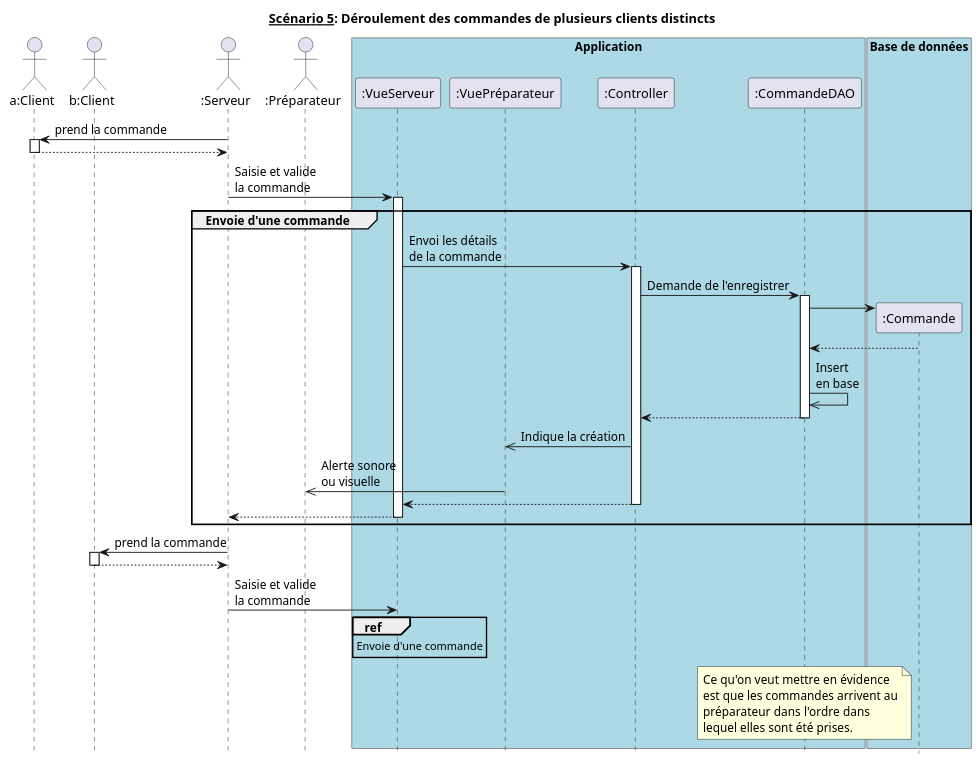
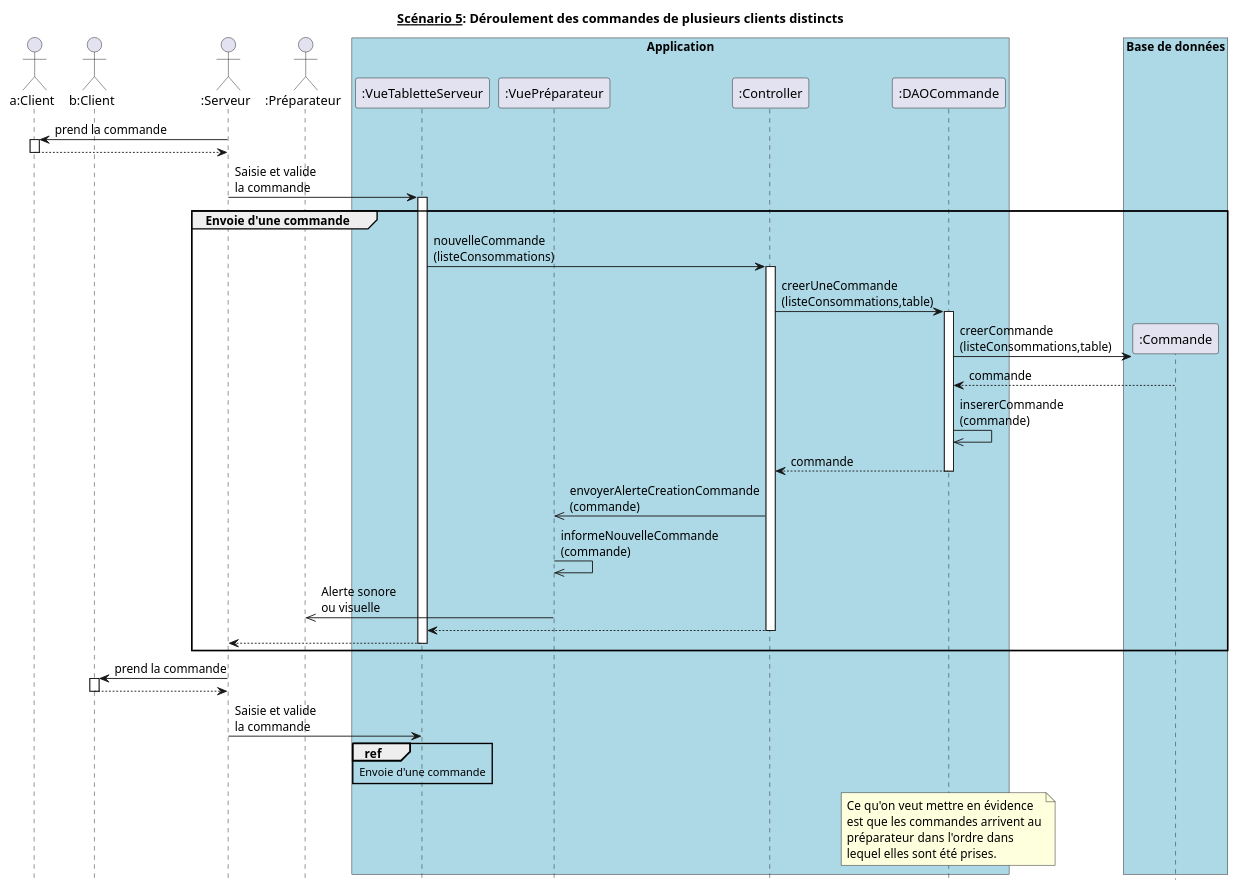
Before and after one commit to hulskenA/GL-Les_seigneurs_du_resto: the diagram in diagrammes_sequences_detailles/dss5.md, drawn with PlantUML. The commit also changed 1 other file, not shown here.

Commit message:
modification dss détaillés 5 et  7

````diff
--- a/diagrammes_sequences_detailles/dss5.md
+++ b/diagrammes_sequences_detailles/dss5.md
@@ -1,71 +1,72 @@
 ```puml
 @startuml
 hide footbox
 title __Scénario 5__: Déroulement des commandes de plusieurs clients distincts
 
 actor "a:Client" as ClientA order 10
 actor "b:Client" as ClientB order 20
 actor ":Serveur" as Serveur order 30
 actor ":Préparateur" as Préparateur order 40
 
 box "Application" #Lightblue
-  participant ":VueServeur" as VueServeur order 50
+  participant ":VueTabletteServeur" as VueServeur order 50
   participant ":VuePréparateur" as VuePréparateur order 60
   participant ":Controller" as Controller order 70
-  participant ":CommandeDAO" as CommandeDAO order 80
+  participant ":DAOCommande" as CommandeDAO order 80
 endbox
 
 box "Base de données" #Lightblue
   participant ":Commande" as Commande order 90
 endbox
 
 Serveur -> ClientA : prend la commande
 activate ClientA
 Serveur <-- ClientA
 deactivate ClientA
 
 Serveur -> VueServeur : Saisie et valide\nla commande
 activate VueServeur
 
 group #transparent Envoie d'une commande
-  VueServeur -> Controller : Envoi les détails\nde la commande
+  VueServeur -> Controller : nouvelleCommande\n(listeConsommations)
   activate Controller
-  Controller -> CommandeDAO : Demande de l'enregistrer
+  Controller -> CommandeDAO : creerUneCommande\n(listeConsommations,table)
 
   activate CommandeDAO    
     create Commande
-    CommandeDAO -> Commande
-    CommandeDAO <-- Commande
+    CommandeDAO -> Commande : creerCommande\n(listeConsommations,table)
+    CommandeDAO <-- Commande : commande
 
-    CommandeDAO ->> CommandeDAO : Insert\nen base
-    CommandeDAO --> Controller
+    CommandeDAO ->> CommandeDAO : insererCommande\n(commande)
+    CommandeDAO --> Controller : commande
   deactivate CommandeDAO
 
-  Controller ->> VuePréparateur : Indique la création
+  Controller ->> VuePréparateur : envoyerAlerteCreationCommande\n(commande)
+  VuePréparateur ->> VuePréparateur : informeNouvelleCommande\n(commande)
   VuePréparateur ->> Préparateur : Alerte sonore\nou visuelle
   Controller --> VueServeur
   deactivate Controller
   VueServeur --> Serveur
   deactivate VueServeur
 end
 
 Serveur -> ClientB : prend la commande
 activate ClientB
 Serveur <-- ClientB
 deactivate ClientB
 
 Serveur -> VueServeur : Saisie et valide\nla commande
 
 ref over VueServeur
     Envoie d'une commande
 end
 
 note over CommandeDAO
   Ce qu'on veut mettre en évidence
   est que les commandes arrivent au
   préparateur dans l'ordre dans
   lequel elles sont été prises.
 end note
 
 @enduml
 ```
````
